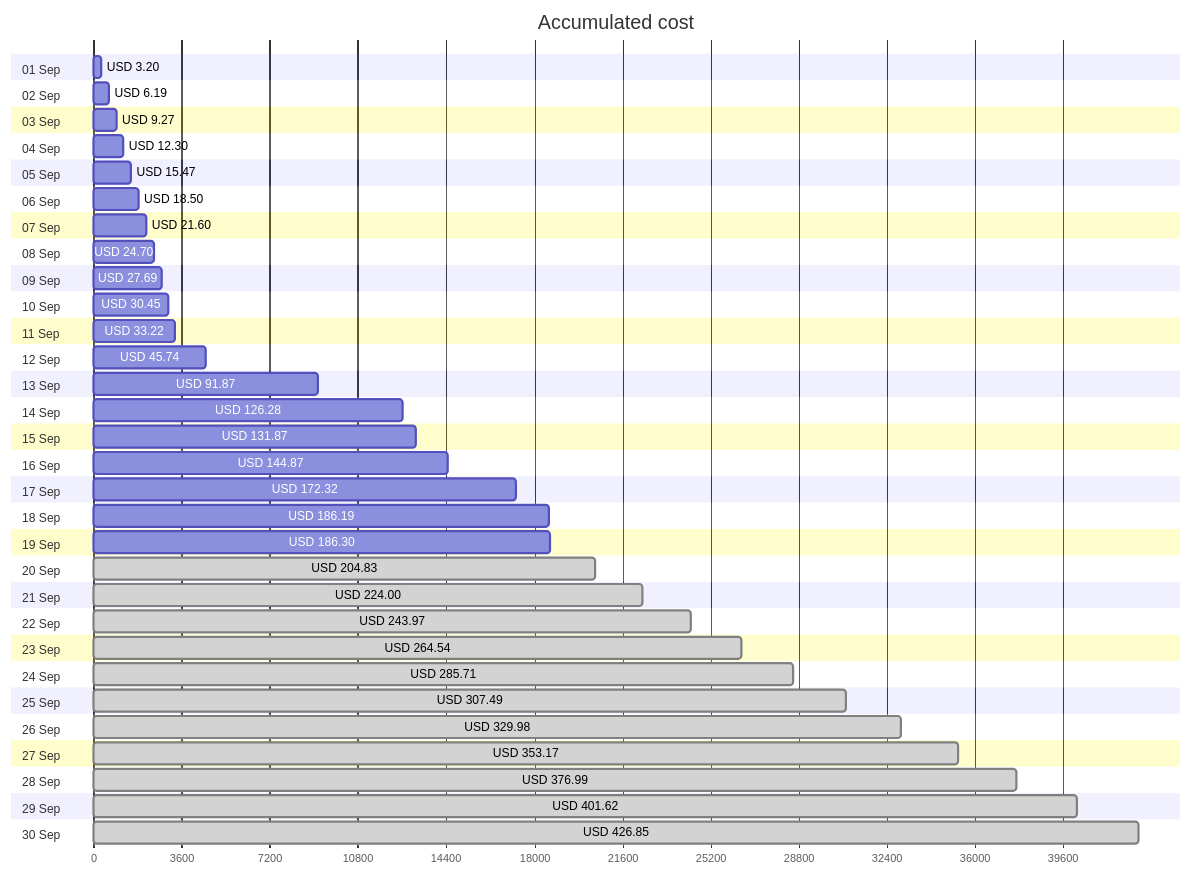
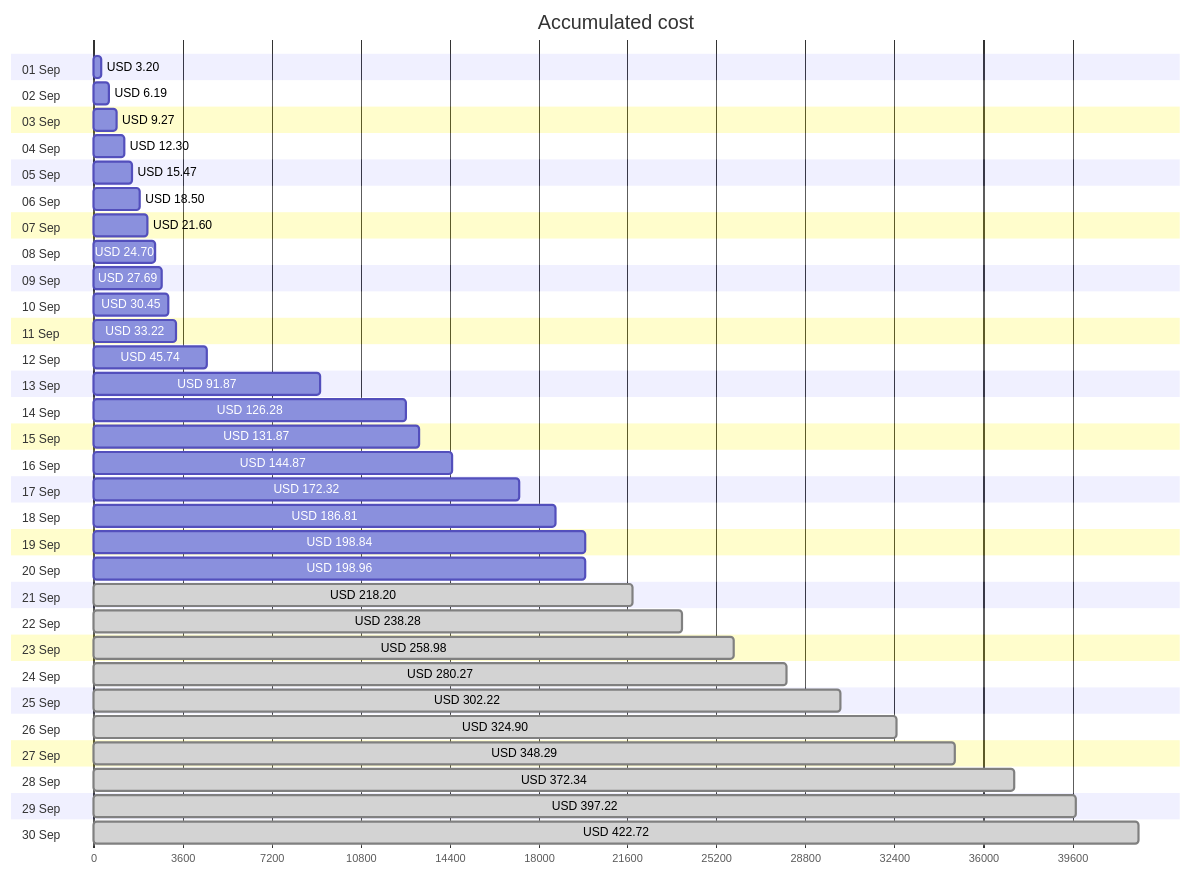
One commit to jpfulton/azure-personal-reports changed the first of 4 diagrams in cost-reports/personal-network/README.md. Above: the diagram before and after it, drawn with Mermaid. The commit also changed other lines of this file and 18 other files, not shown here.

````diff
--- a/cost-reports/personal-network/README.md
+++ b/cost-reports/personal-network/README.md
@@ -20,66 +20,66 @@
 ```mermaid
 gantt
    title Accumulated cost
    dateFormat  X
    axisFormat %s
    section 01 Sep
    USD 3.20 :0, 320
    section 02 Sep
    USD 6.19 :0, 619
    section 03 Sep
    USD 9.27 :0, 927
    section 04 Sep
    USD 12.30 :0, 1230
    section 05 Sep
    USD 15.47 :0, 1547
    section 06 Sep
    USD 18.50 :0, 1850
    section 07 Sep
    USD 21.60 :0, 2160
    section 08 Sep
    USD 24.70 :0, 2470
    section 09 Sep
    USD 27.69 :0, 2769
    section 10 Sep
    USD 30.45 :0, 3045
    section 11 Sep
    USD 33.22 :0, 3322
    section 12 Sep
    USD 45.74 :0, 4574
    section 13 Sep
    USD 91.87 :0, 9187
    section 14 Sep
    USD 126.28 :0, 12628
    section 15 Sep
    USD 131.87 :0, 13187
    section 16 Sep
    USD 144.87 :0, 14487
    section 17 Sep
    USD 172.32 :0, 17232
    section 18 Sep
-   USD 186.19 :0, 18619
+   USD 186.81 :0, 18681
    section 19 Sep
-   USD 186.30 :0, 18630
+   USD 198.84 :0, 19884
    section 20 Sep
-   USD 204.83 : done, 0, 20483
+   USD 198.96 :0, 19896
    section 21 Sep
-   USD 224.00 : done, 0, 22400
+   USD 218.20 : done, 0, 21820
    section 22 Sep
-   USD 243.97 : done, 0, 24397
+   USD 238.28 : done, 0, 23828
    section 23 Sep
-   USD 264.54 : done, 0, 26454
+   USD 258.98 : done, 0, 25898
    section 24 Sep
-   USD 285.71 : done, 0, 28571
+   USD 280.27 : done, 0, 28027
    section 25 Sep
-   USD 307.49 : done, 0, 30749
+   USD 302.22 : done, 0, 30222
    section 26 Sep
-   USD 329.98 : done, 0, 32998
+   USD 324.90 : done, 0, 32490
    section 27 Sep
-   USD 353.17 : done, 0, 35317
+   USD 348.29 : done, 0, 34829
    section 28 Sep
-   USD 376.99 : done, 0, 37699
+   USD 372.34 : done, 0, 37234
    section 29 Sep
-   USD 401.62 : done, 0, 40162
+   USD 397.22 : done, 0, 39722
    section 30 Sep
-   USD 426.85 : done, 0, 42685
+   USD 422.72 : done, 0, 42272
 ```
````
